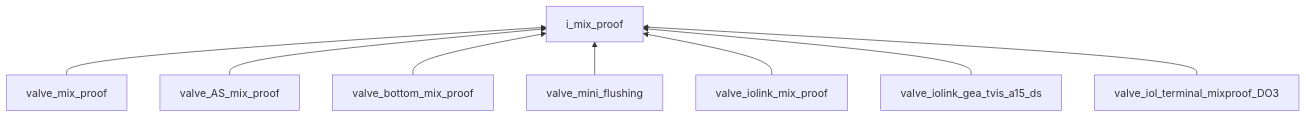
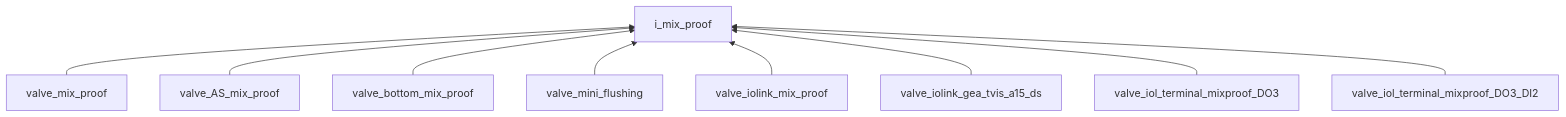
One commit to savushkin-r-d/ptusa_main changed the seventh of 11 diagrams in docs/class_scheme/readme.md. Above: the diagram before and after it, drawn with Mermaid. The commit also changed other lines of this file, not shown here.

Commit message:
[review] Fixes diagram

````diff
--- a/docs/class_scheme/readme.md
+++ b/docs/class_scheme/readme.md
@@ -107,10 +111,11 @@
 ```mermaid
 flowchart BT
     valve_mix_proof[valve_mix_proof] --> i_mix_proof[i_mix_proof]
     valve_AS_mix_proof[valve_AS_mix_proof] --> i_mix_proof
     valve_bottom_mix_proof[valve_bottom_mix_proof] --> i_mix_proof
     valve_mini_flushing[valve_mini_flushing] --> i_mix_proof
     valve_iolink_mix_proof[valve_iolink_mix_proof] --> i_mix_proof
     valve_iolink_gea_tvis_a15_ds[valve_iolink_gea_tvis_a15_ds] --> i_mix_proof
     valve_iol_terminal_mixproof_DO3[valve_iol_terminal_mixproof_DO3] --> i_mix_proof
+    valve_iol_terminal_mixproof_DO3_DI2[valve_iol_terminal_mixproof_DO3_DI2] --> i_mix_proof
 ```
````
